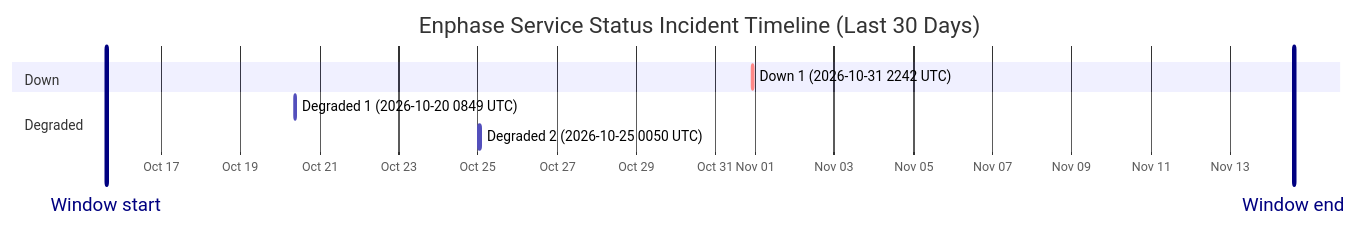
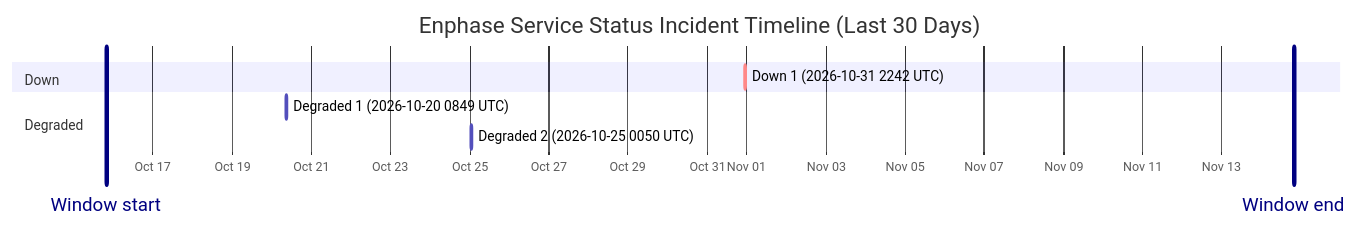
Before and after one commit to barneyonline/ha-enphase-energy: the diagram in wiki/Service-Status-History.md, drawn with Mermaid. The commit also changed other lines of this file and 3 other files, not shown here.

````diff
--- a/wiki/Service-Status-History.md
+++ b/wiki/Service-Status-History.md
@@ -14,13 +14,13 @@
 ```mermaid
 gantt
     title Enphase Service Status Incident Timeline (Last 30 Days)
     dateFormat  YYYY-MM-DDTHH:mm:ss
     axisFormat  %b %d
-    Window start :vert, window-start, 2026-10-15T14:45:48, 0ms
-    Window end :vert, window-end, 2026-11-14T14:45:48, 0ms
+    Window start :vert, window-start, 2026-10-15T19:42:01, 0ms
+    Window end :vert, window-end, 2026-11-14T19:42:01, 0ms
     section Down
     Down 1 (2026-10-31 2242 UTC) :crit, down-1, 2026-10-31T22:42:18, 60m
     section Degraded
     Degraded 1 (2026-10-20 0849 UTC) :active, degraded-1, 2026-10-20T08:49:49, 60m
     Degraded 2 (2026-10-25 0050 UTC) :active, degraded-2, 2026-10-25T00:50:01, 60m
 ```
````
